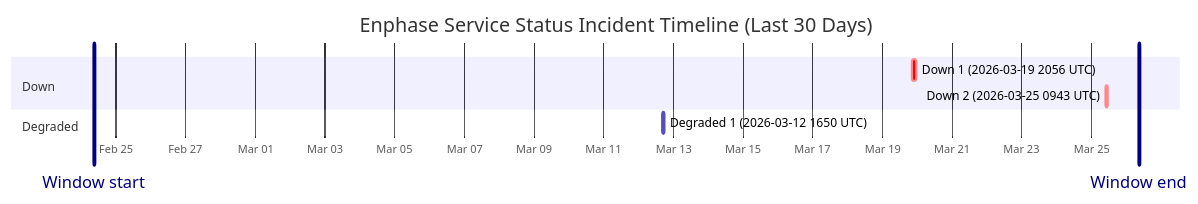
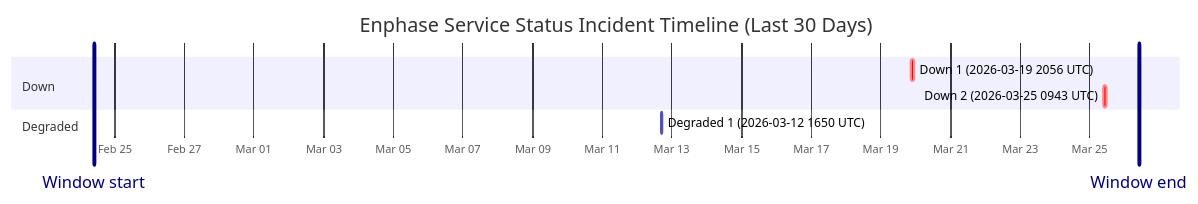
Before and after one commit to barneyonline/ha-enphase-ev-charger: the diagram in wiki/Service-Status-History.md, drawn with Mermaid. The commit also changed other lines of this file and 3 other files, not shown here.

````diff
--- a/wiki/Service-Status-History.md
+++ b/wiki/Service-Status-History.md
@@ -14,13 +14,13 @@
 ```mermaid
 gantt
     title Enphase Service Status Incident Timeline (Last 30 Days)
     dateFormat  YYYY-MM-DDTHH:mm:ss
     axisFormat  %b %d
-    Window start :vert, window-start, 2026-02-24T08:44:30, 0ms
-    Window end :vert, window-end, 2026-03-26T08:44:30, 0ms
+    Window start :vert, window-start, 2026-02-24T09:53:34, 0ms
+    Window end :vert, window-end, 2026-03-26T09:53:34, 0ms
     section Down
     Down 1 (2026-03-19 2056 UTC) :crit, down-1, 2026-03-19T20:56:20, 145m
     Down 2 (2026-03-25 0943 UTC) :crit, down-2, 2026-03-25T09:43:28, 111m
     section Degraded
     Degraded 1 (2026-03-12 1650 UTC) :active, degraded-1, 2026-03-12T16:50:43, 60m
 ```
````
